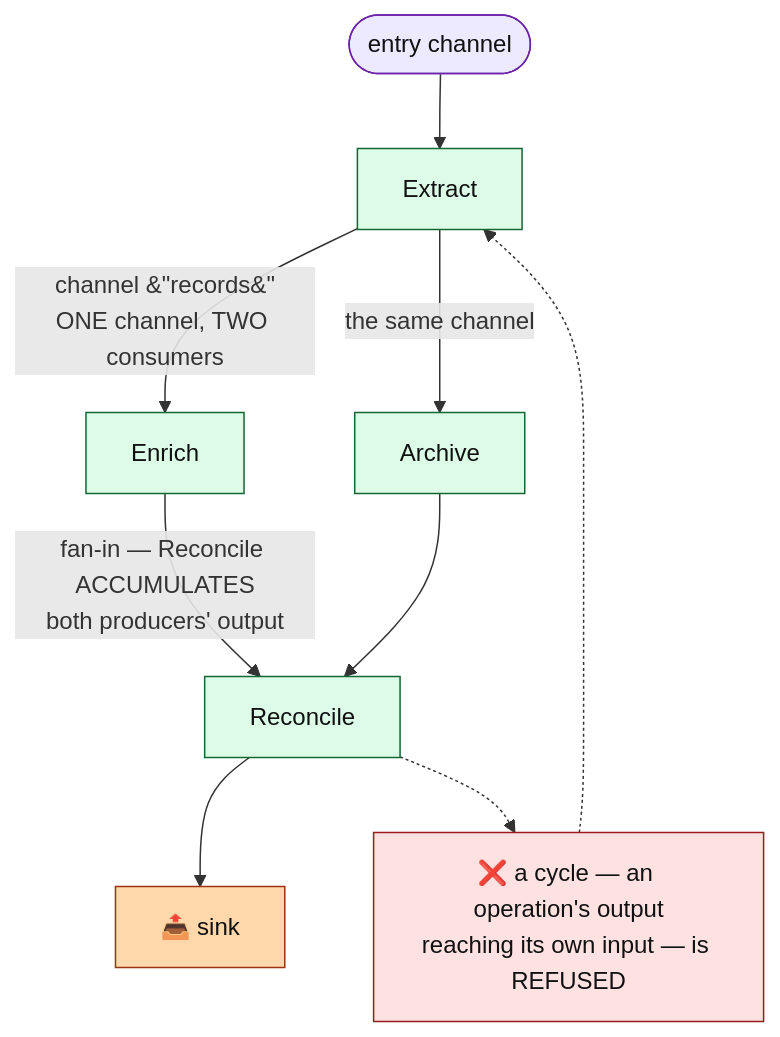
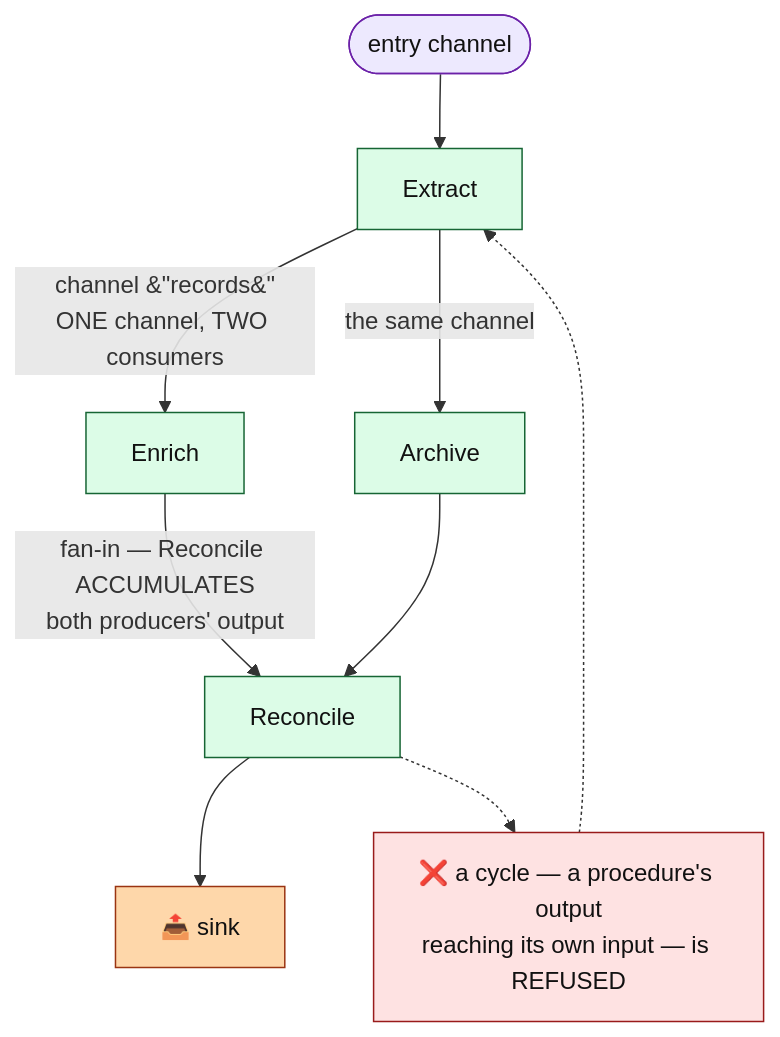
Before and after one commit to Flezha/flezha: the first of 8 diagrams in docs/architecture/bounded_profile.md, drawn with Mermaid. The commit also changed other lines of this file and 658 other files, not shown here.

````diff
--- a/docs/architecture/bounded_profile.md
+++ b/docs/architecture/bounded_profile.md
@@ -27,25 +27,25 @@
 ```mermaid
 flowchart TB
     IN(["entry channel"]):::src
     A["Extract"]:::exec
     B["Enrich"]:::exec
     C["Archive"]:::exec
     D["Reconcile"]:::exec
     P1["📤 sink"]:::sink
 
     IN --> A
     A -->|"channel &#34;records&#34;<br/>ONE channel, TWO consumers"| B
     A -->|"the same channel"| C
     B -->|"fan-in — Reconcile ACCUMULATES<br/>both producers' output"| D
     C --> D
     D --> P1
 
-    CYC["❌ a cycle — an operation's output<br/>reaching its own input — is REFUSED"]:::risk
+    CYC["❌ a cycle — a procedure's output<br/>reaching its own input — is REFUSED"]:::risk
     D -.-> CYC
     CYC -.-> A
 
     classDef exec fill:#dcfce7,stroke:#166534,color:#111
     classDef sink fill:#fed7aa,stroke:#9a3412,color:#111
     classDef src fill:#ede9fe,stroke:#6b21a8,color:#111
     classDef risk fill:#fee2e2,stroke:#991b1b,color:#111
 ```
````
